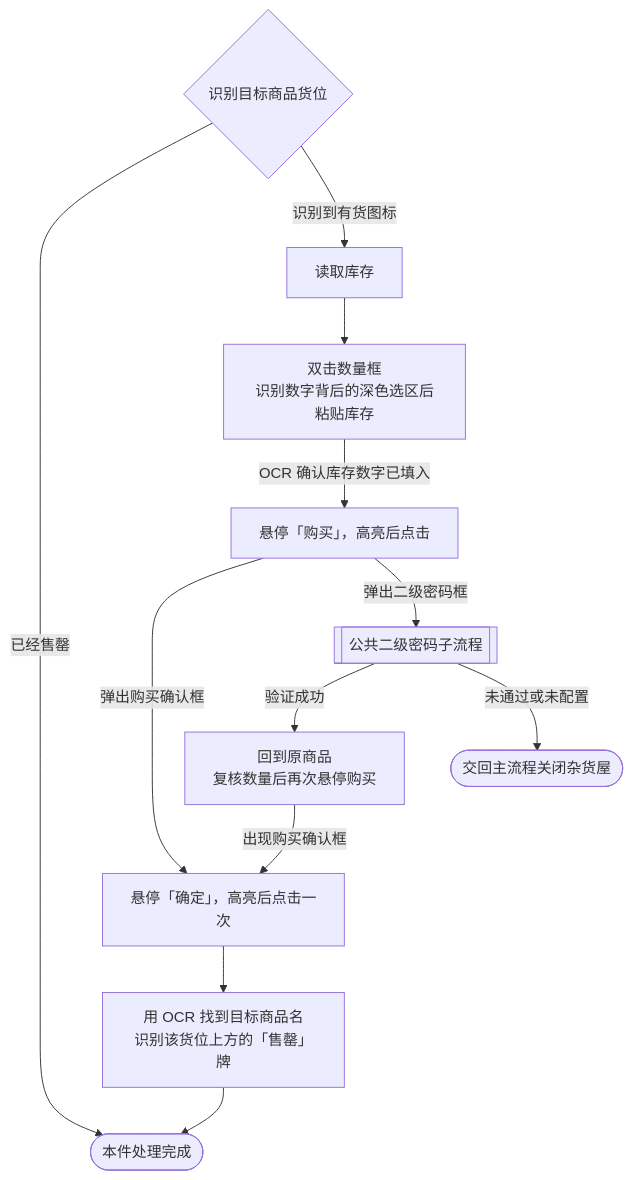
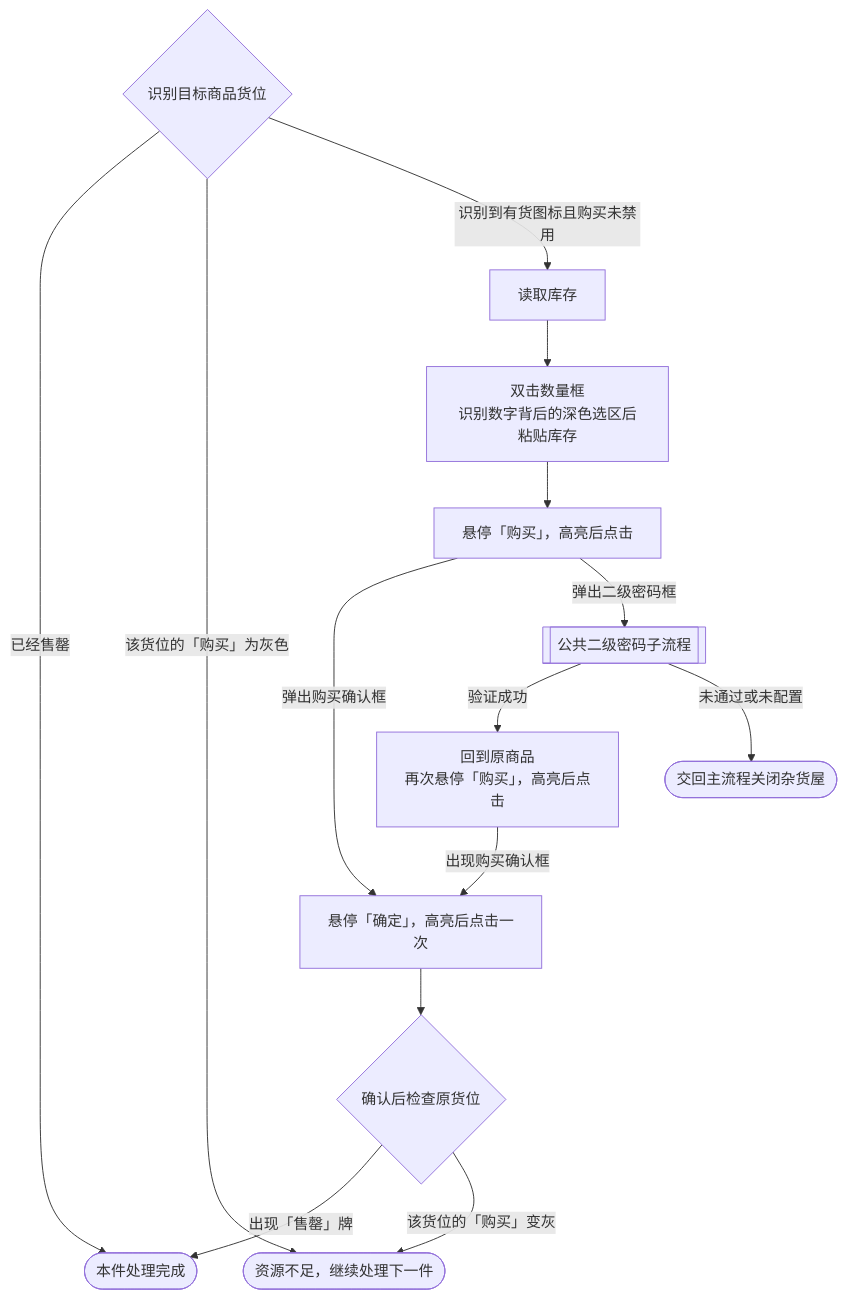
One commit to ArcherSore/MaaNOP changed the second of 2 diagrams in docs/zh_cn/流程图/杂货铺.md. Above: the diagram before and after it, drawn with Mermaid. The commit also changed 2 other files, not shown here.

Commit message:
fix(routine): 处理杂货铺资源不足并精简购买校验

````diff
--- a/docs/zh_cn/流程图/杂货铺.md
+++ b/docs/zh_cn/流程图/杂货铺.md
@@ -31,14 +31,16 @@
 ```mermaid
 flowchart TD
     Start{"识别目标商品货位"} -->|已经售罄| Done([本件处理完成])
-    Start -->|识别到有货图标| Stock["读取库存"]
+    Start -->|该货位的「购买」为灰色| Insufficient([资源不足，继续处理下一件])
+    Start -->|识别到有货图标且购买未禁用| Stock["读取库存"]
     Stock --> Fill["双击数量框<br/>识别数字背后的深色选区后粘贴库存"]
-    Fill -->|OCR 确认库存数字已填入| Buy["悬停「购买」，高亮后点击"]
+    Fill --> Buy["悬停「购买」，高亮后点击"]
     Buy -->|弹出购买确认框| Prompt["悬停「确定」，高亮后点击一次"]
     Buy -->|弹出二级密码框| Password[["公共二级密码子流程"]]
-    Password -->|验证成功| Retry["回到原商品<br/>复核数量后再次悬停购买"]
+    Password -->|验证成功| Retry["回到原商品<br/>再次悬停「购买」，高亮后点击"]
     Retry -->|出现购买确认框| Prompt
     Password -->|未通过或未配置| Stop([交回主流程关闭杂货屋])
-    Prompt --> Result["用 OCR 找到目标商品名<br/>识别该货位上方的「售罄」牌"]
-    Result --> Done
+    Prompt --> Result{"确认后检查原货位"}
+    Result -->|出现「售罄」牌| Done
+    Result -->|该货位的「购买」变灰| Insufficient
 ```
````
